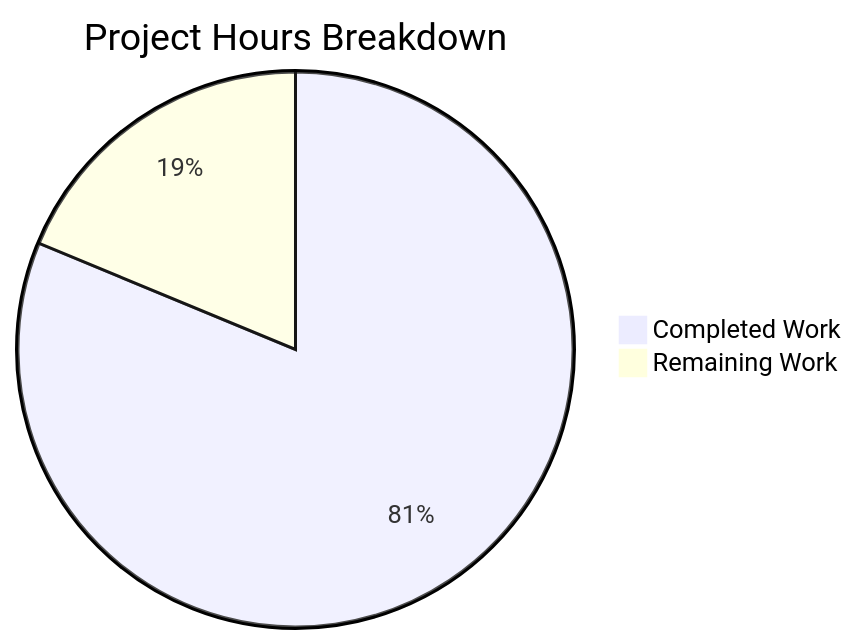
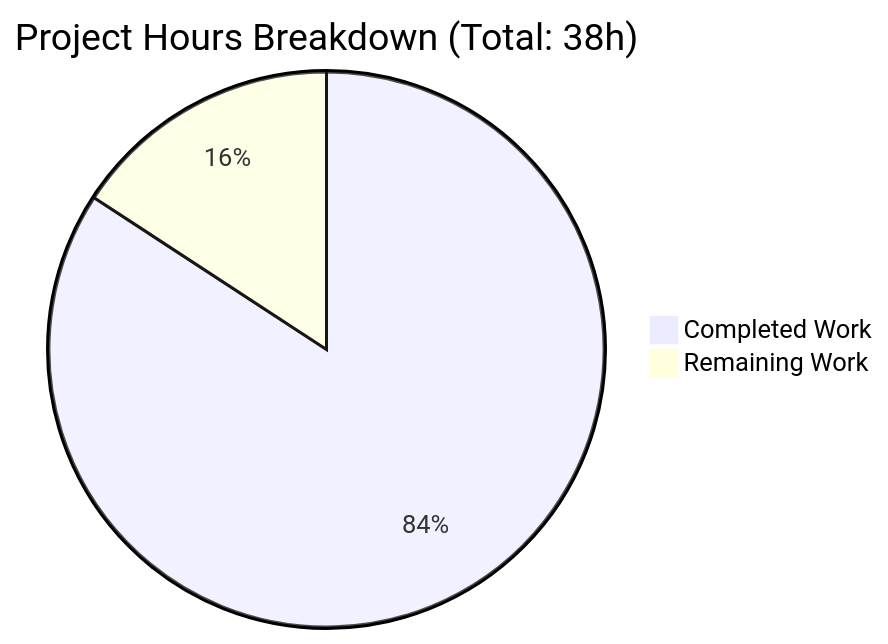
The first of 2 diagrams in blitzy/documentation/Project Guide.md (lakshya-blitzy/Dec_repo_with_valid_mul_files), drawn with Mermaid before and after one commit. The commit also changed other lines of this file, not shown here.

Commit message:
Adding Blitzy Project Guide: Project Status and Human Tasks Remaining

````diff
--- a/blitzy/documentation/Project Guide.md
+++ b/blitzy/documentation/Project Guide.md
@@ -27,5 +31,5 @@
 ```mermaid
-pie title Project Hours Breakdown
-    "Completed Work" : 26
+pie title Project Hours Breakdown (Total: 38h)
+    "Completed Work" : 32
     "Remaining Work" : 6
 ```
````
